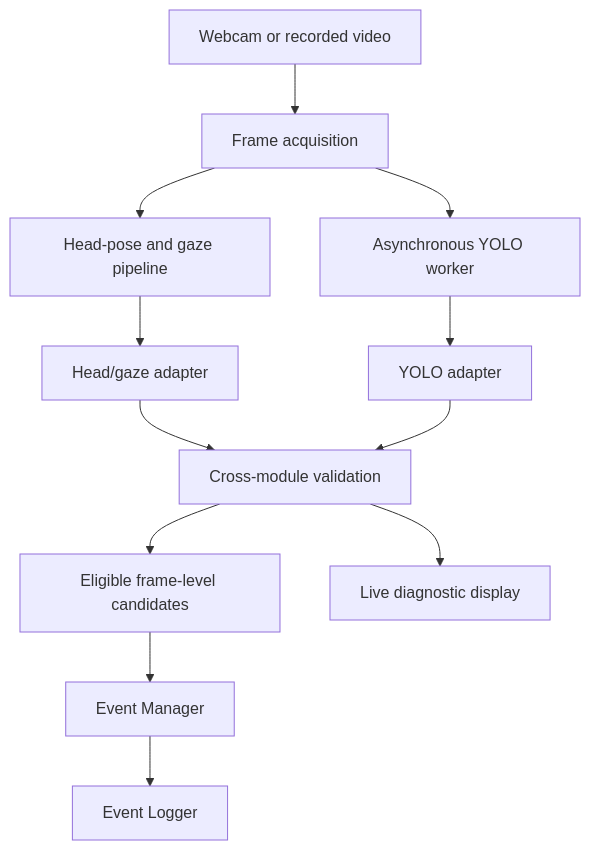
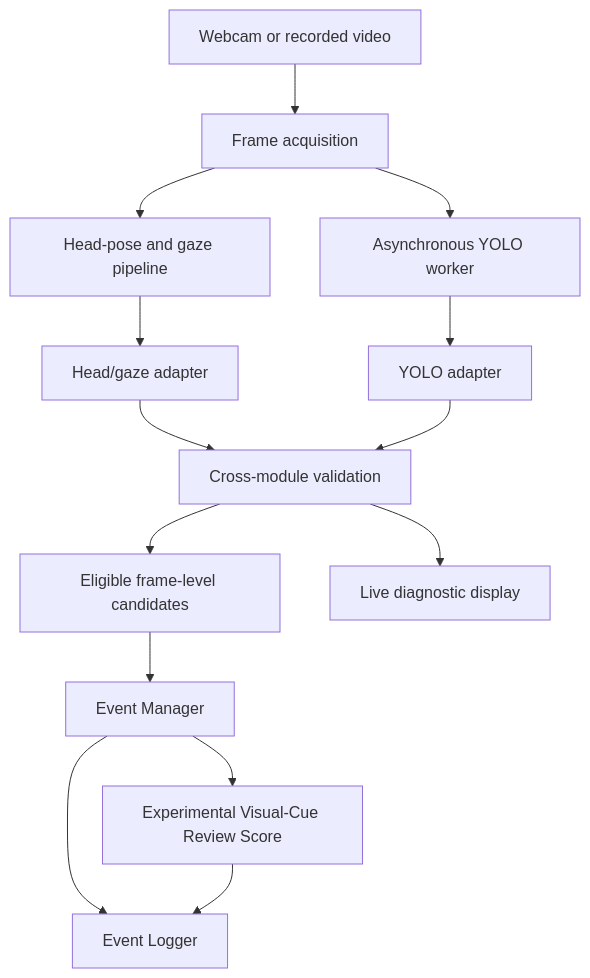
The first of 2 diagrams in computer_vision/docs/module_overview.md (weiliemabubakar12345/online-assessment-supervision), drawn with Mermaid before and after one commit. The commit also changed other lines of this file and 9 other files, not shown here.

````diff
--- a/computer_vision/docs/module_overview.md
+++ b/computer_vision/docs/module_overview.md
@@ -32,14 +36,16 @@
 ```mermaid
 flowchart TD
     A["Webcam or recorded video"] --> B["Frame acquisition"]
     B --> C["Head-pose and gaze pipeline"]
     B --> D["Asynchronous YOLO worker"]
     C --> E["Head/gaze adapter"]
     D --> F["YOLO adapter"]
     E --> G["Cross-module validation"]
     F --> G
     G --> H["Eligible frame-level candidates"]
     H --> I["Event Manager"]
     I --> J["Event Logger"]
+    I --> L["Experimental Visual-Cue Review Score"]
+    L --> J
     G --> K["Live diagnostic display"]
 ```
````
